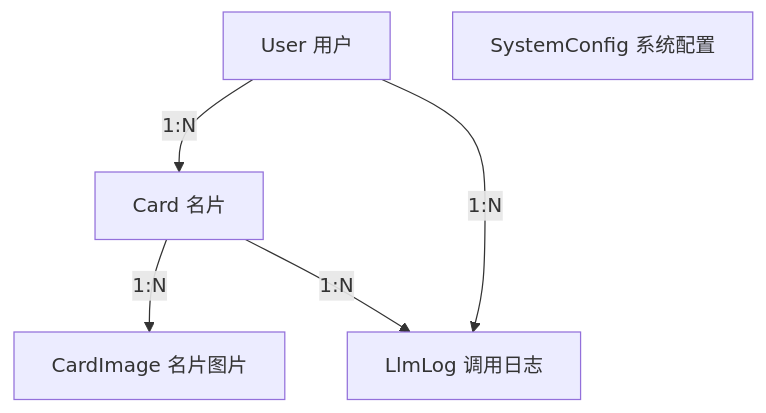
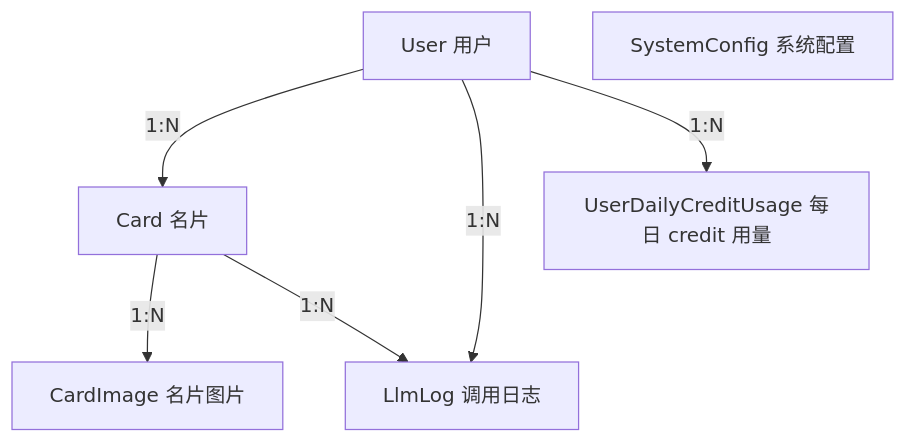
One commit to addicted0010/namecardfolder changed the diagram in Documents/database/database.md. Above: the diagram before and after it, drawn with Mermaid. The commit also changed other lines of this file and 24 other files, not shown here.

````diff
--- a/Documents/database/database.md
+++ b/Documents/database/database.md
@@ -11,8 +11,9 @@
 ```mermaid
 graph TB
     User[User 用户] -->|1:N| Card[Card 名片]
     User -->|1:N| LlmLog[LlmLog 调用日志]
+    User -->|1:N| UserDailyCreditUsage[UserDailyCreditUsage 每日 credit 用量]
     Card -->|1:N| CardImage[CardImage 名片图片]
     Card -->|1:N| LlmLog
     SystemConfig[SystemConfig 系统配置]
 ```
````
